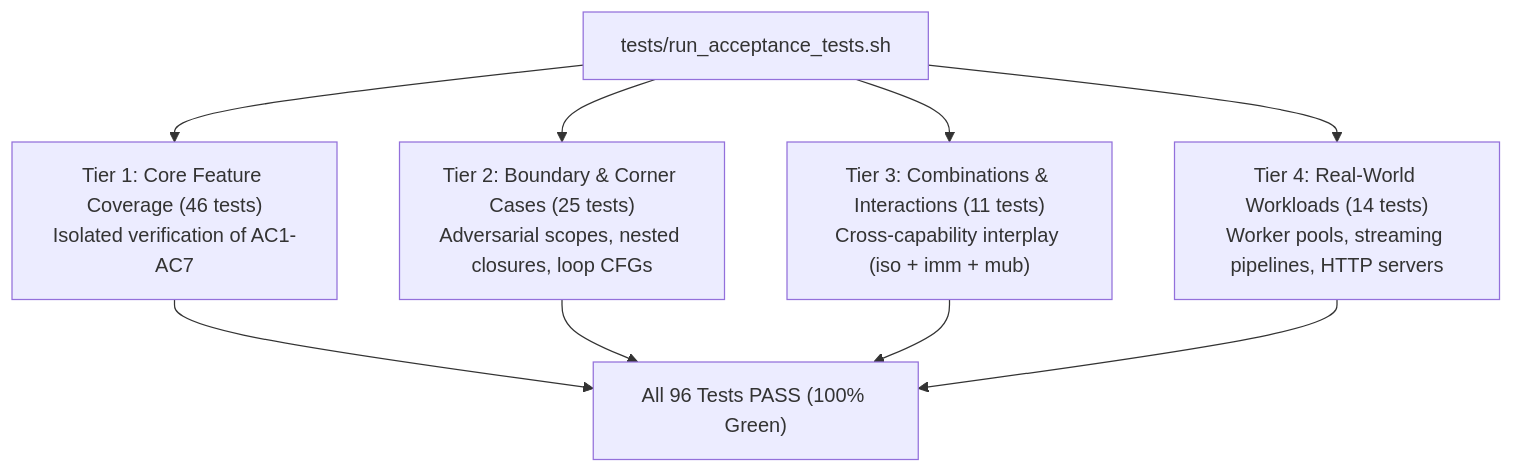
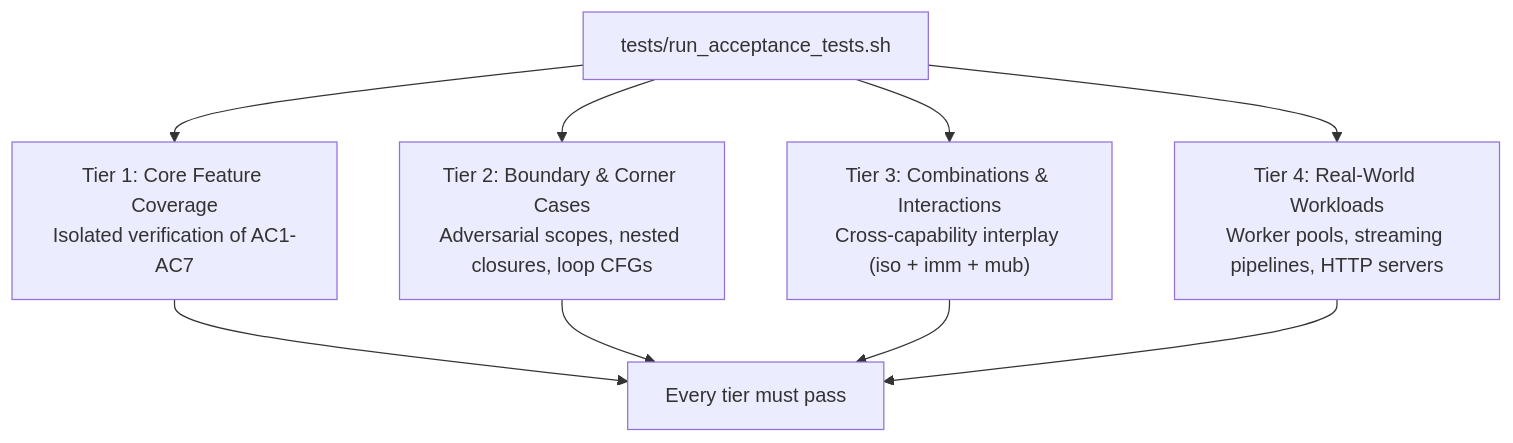
The fourth of 4 diagrams in docs/TOOLING_AND_ERASURE.md (bharathvbcr/GoSree), drawn with Mermaid before and after one commit. The commit also changed other lines of this file and 96 other files, not shown here.

````diff
--- a/docs/TOOLING_AND_ERASURE.md
+++ b/docs/TOOLING_AND_ERASURE.md
@@ -146,14 +205,14 @@
 ```mermaid
 flowchart TD
     Runner["tests/run_acceptance_tests.sh"]
     
-    Runner --> Tier1["Tier 1: Core Feature Coverage (46 tests)\nIsolated verification of AC1-AC7"]
-    Runner --> Tier2["Tier 2: Boundary & Corner Cases (25 tests)\nAdversarial scopes, nested closures, loop CFGs"]
-    Runner --> Tier3["Tier 3: Combinations & Interactions (11 tests)\nCross-capability interplay (iso + imm + mub)"]
-    Runner --> Tier4["Tier 4: Real-World Workloads (14 tests)\nWorker pools, streaming pipelines, HTTP servers"]
+    Runner --> Tier1["Tier 1: Core Feature Coverage\nIsolated verification of AC1-AC7"]
+    Runner --> Tier2["Tier 2: Boundary & Corner Cases\nAdversarial scopes, nested closures, loop CFGs"]
+    Runner --> Tier3["Tier 3: Combinations & Interactions\nCross-capability interplay (iso + imm + mub)"]
+    Runner --> Tier4["Tier 4: Real-World Workloads\nWorker pools, streaming pipelines, HTTP servers"]
     
-    Tier1 --> Pass["All 96 Tests PASS (100% Green)"]
+    Tier1 --> Pass["Every tier must pass"]
     Tier2 --> Pass
     Tier3 --> Pass
     Tier4 --> Pass
 ```
````
